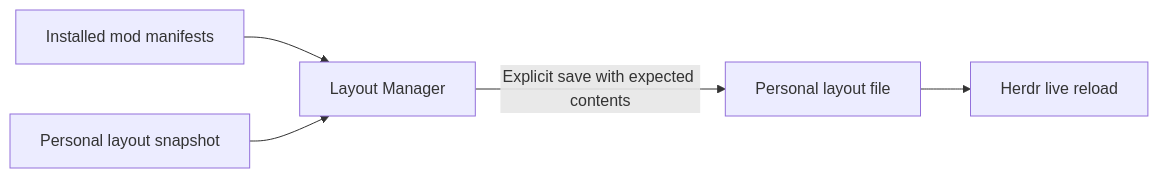
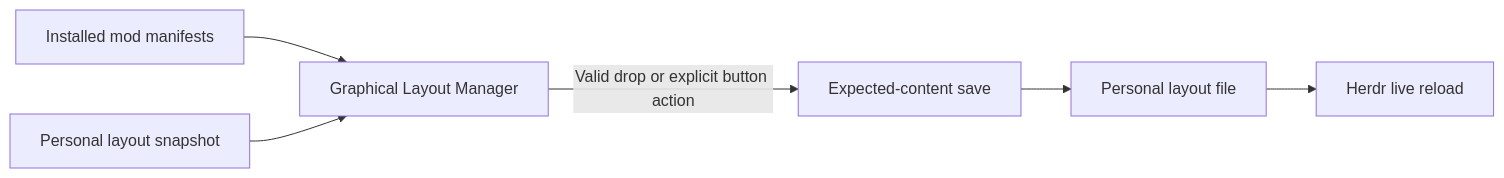
One commit to narumiruna/herdr-mods changed the diagram in mods/layout-manager/README.md. Above: the diagram before and after it, drawn with Mermaid. The commit also changed other lines of this file and 7 other files, not shown here.

Commit message:
feat(layout-manager): add graphical drag-and-drop controls

````diff
--- a/mods/layout-manager/README.md
+++ b/mods/layout-manager/README.md
@@ -72,7 +86,8 @@
 ```mermaid
 flowchart LR
-  A[Installed mod manifests] --> B[Layout Manager]
+  A[Installed mod manifests] --> B[Graphical Layout Manager]
   C[Personal layout snapshot] --> B
-  B -->|Explicit save with expected contents| D[Personal layout file]
-  D --> E[Herdr live reload]
+  B -->|Valid drop or explicit button action| D[Expected-content save]
+  D --> E[Personal layout file]
+  E --> F[Herdr live reload]
 ```
````
